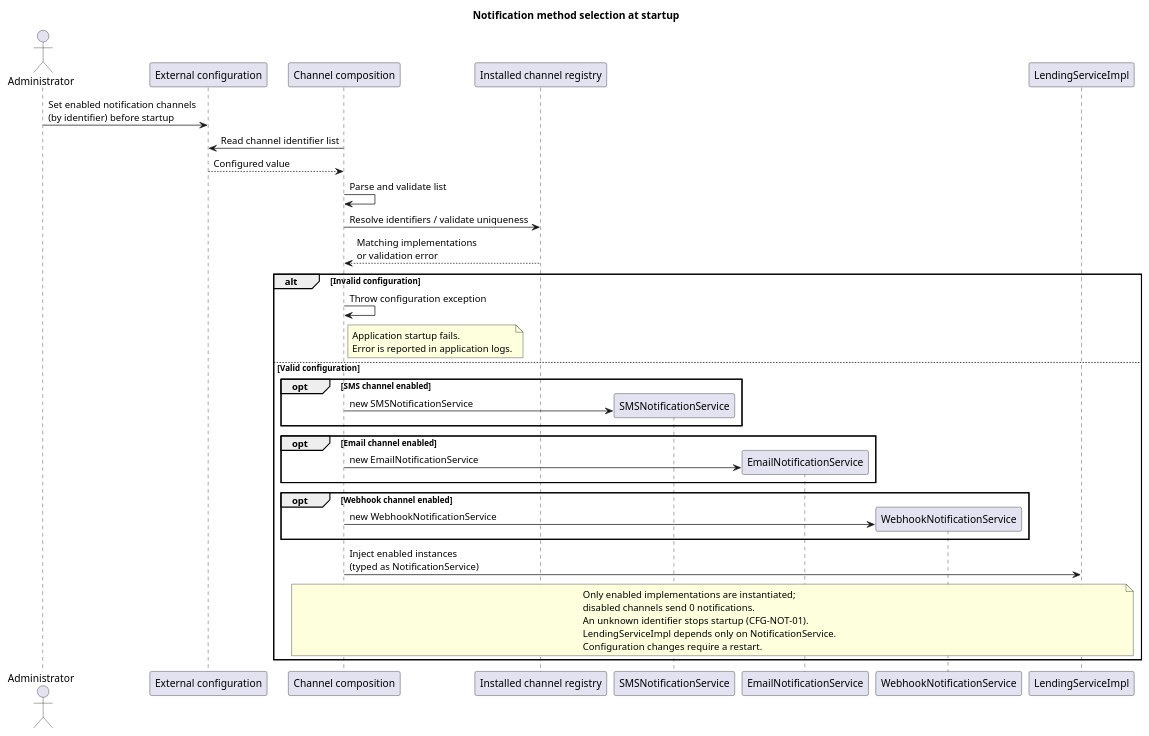
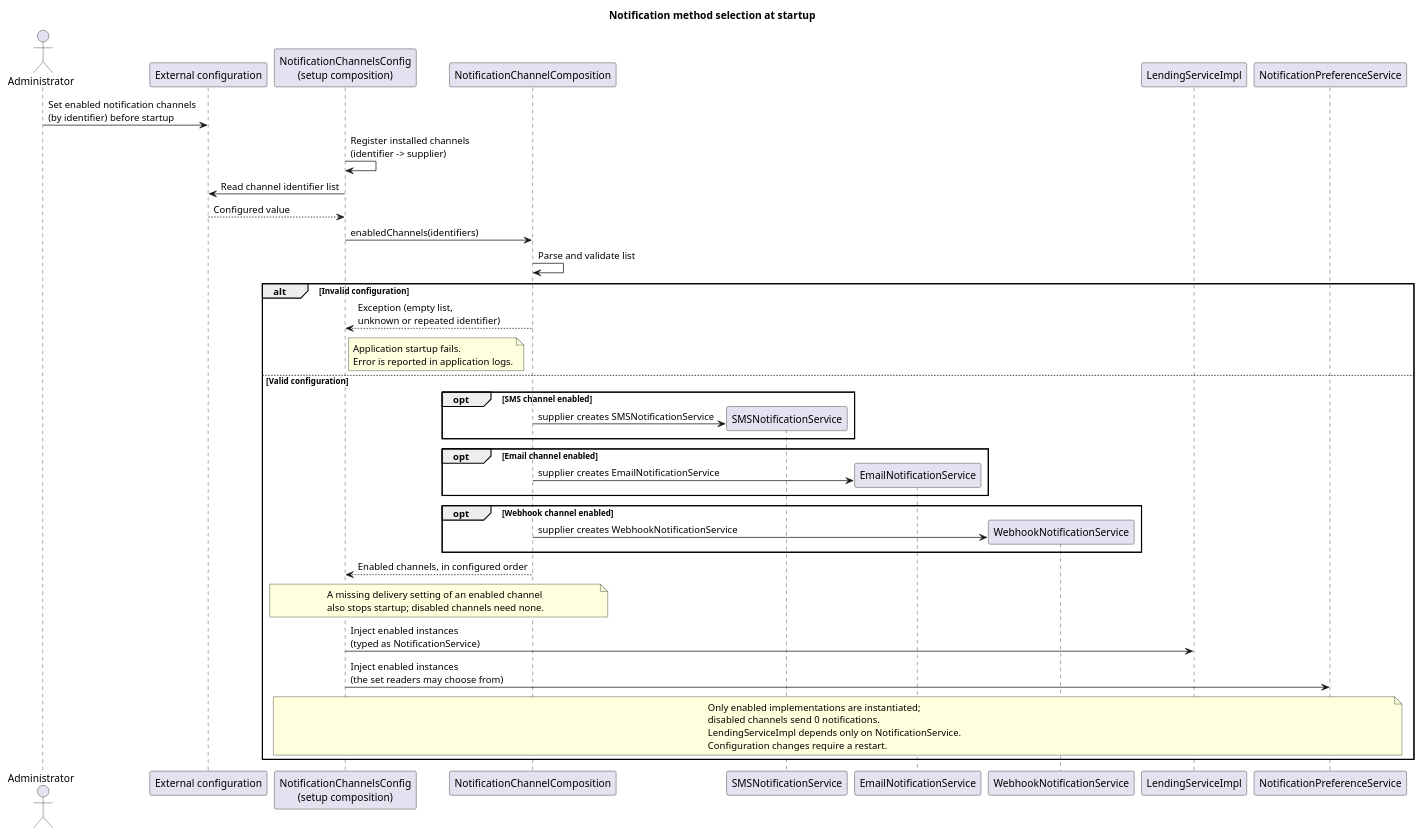
The diagram in Docs/DocsMasterDegree/system-to-be/Images/NotificationMethodsConfigurationSequence.puml (Max1124/ARQSOFT_ODSOFT_G6), drawn with PlantUML before and after one commit. The commit also changed 25 other files, not shown here.

Commit message:
docs(notification): record implementation and evidence test(notification): add FourthNotificationChannelExtensionTest and ScheduledNotificationCheckIT, and Jenkins stages

```diff
--- a/Docs/DocsMasterDegree/system-to-be/Images/NotificationMethodsConfigurationSequence.puml
+++ b/Docs/DocsMasterDegree/system-to-be/Images/NotificationMethodsConfigurationSequence.puml
@@ -1,51 +1,56 @@
 @startuml
 skinparam shadowing false
 skinparam backgroundColor white
 
 title Notification method selection at startup
 
 actor Administrator
 participant "External configuration" as Config
-participant "Channel composition" as Composition
-participant "Installed channel registry" as Registry
+participant "NotificationChannelsConfig\n(setup composition)" as Setup
+participant "NotificationChannelComposition" as Composition
 participant SMSNotificationService as SMS
 participant EmailNotificationService as Email
 participant WebhookNotificationService as Webhook
 participant LendingServiceImpl as Lending
+participant NotificationPreferenceService as Preferences
 
 Administrator -> Config : Set enabled notification channels\n(by identifier) before startup
 
-Composition -> Config : Read channel identifier list
-Config --> Composition : Configured value
-
+Setup -> Setup : Register installed channels\n(identifier -> supplier)
+Setup -> Config : Read channel identifier list
+Config --> Setup : Configured value
+Setup -> Composition : enabledChannels(identifiers)
 Composition -> Composition : Parse and validate list
-Composition -> Registry : Resolve identifiers / validate uniqueness
-Registry --> Composition : Matching implementations\nor validation error
 
 alt Invalid configuration
-  Composition -> Composition : Throw configuration exception
-  note right of Composition
+  Composition --> Setup : Exception (empty list,\nunknown or repeated identifier)
+  note right of Setup
     Application startup fails.
     Error is reported in application logs.
   end note
 else Valid configuration
   opt SMS channel enabled
-    Composition -> SMS ** : new SMSNotificationService
+    Composition -> SMS ** : supplier creates SMSNotificationService
   end
   opt Email channel enabled
-    Composition -> Email ** : new EmailNotificationService
+    Composition -> Email ** : supplier creates EmailNotificationService
   end
   opt Webhook channel enabled
-    Composition -> Webhook ** : new WebhookNotificationService
+    Composition -> Webhook ** : supplier creates WebhookNotificationService
   end
-  Composition -> Lending : Inject enabled instances\n(typed as NotificationService)
-  note over Composition,Lending
+  Composition --> Setup : Enabled channels, in configured order
+  note over Setup,Composition
+    A missing delivery setting of an enabled channel
+    also stops startup; disabled channels need none.
+  end note
+  Setup -> Lending : Inject enabled instances\n(typed as NotificationService)
+  Setup -> Preferences : Inject enabled instances\n(the set readers may choose from)
+  note over Setup,Preferences
     Only enabled implementations are instantiated;
     disabled channels send 0 notifications.
-    An unknown identifier stops startup (CFG-NOT-01).
     LendingServiceImpl depends only on NotificationService.
     Configuration changes require a restart.
   end note
 end
 
 @enduml
```
